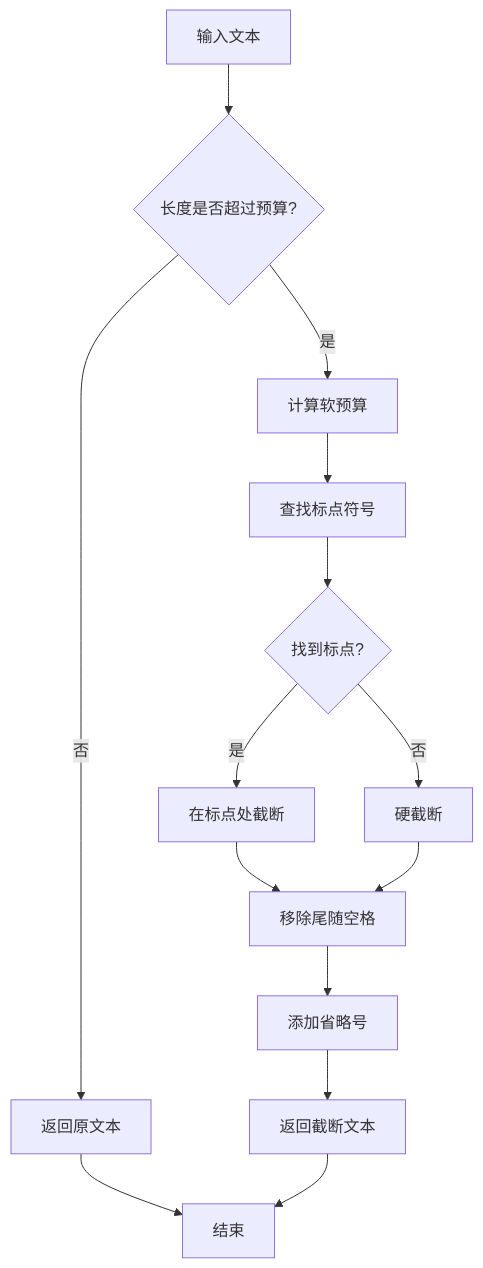
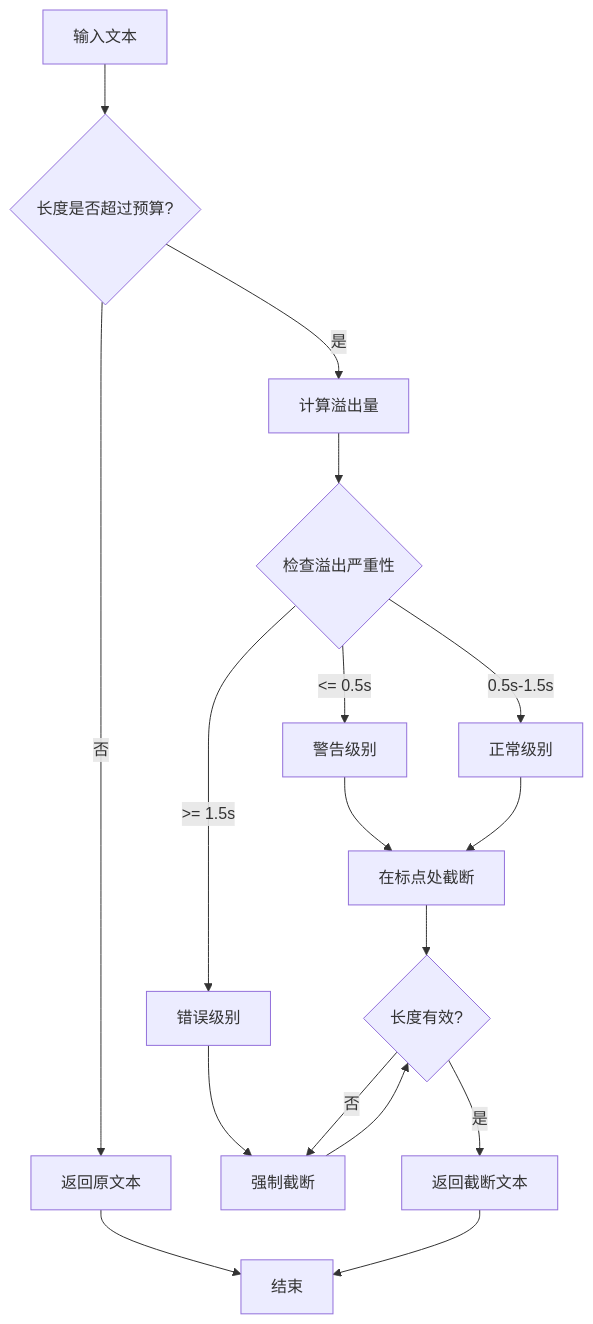
Before and after one commit to wowoduang/AIVideoClaude: the fifth of 12 diagrams in .qoder/repowiki/zh/content/核心功能/视频处理服务/时间线分配器.md, drawn with Mermaid. The commit also changed other lines of this file and 32 other files, not shown here.

````diff
--- a/.qoder/repowiki/zh/content/核心功能/视频处理服务/时间线分配器.md
+++ b/.qoder/repowiki/zh/content/核心功能/视频处理服务/时间线分配器.md
@@ -248,16 +259,19 @@
 ```mermaid
 flowchart TD
 Input[输入文本] --> CheckLength{长度是否超过预算?}
 CheckLength --> |否| ReturnOriginal[返回原文本]
-CheckLength --> |是| CalculateSoftBudget[计算软预算]
-CalculateSoftBudget --> FindPunctuation[查找标点符号]
-FindPunctuation --> CheckPunctFound{找到标点?}
-CheckPunctFound --> |是| TruncateAtPunct[在标点处截断]
-CheckPunctFound --> |否| HardTruncate[硬截断]
-TruncateAtPunct --> RemoveSpaces[移除尾随空格]
-HardTruncate --> RemoveSpaces
-RemoveSpaces --> AddEllipsis[添加省略号]
-AddEllipsis --> ReturnTruncated[返回截断文本]
+CheckLength --> |是| CalculateOverflow[计算溢出量]
+CalculateOverflow --> CheckSeverity{检查溢出严重性}
+CheckSeverity --> |<= 0.5s| WarnLevel[警告级别]
+CheckSeverity --> |>= 1.5s| ErrorLevel[错误级别]
+CheckSeverity --> |0.5s-1.5s| NormalLevel[正常级别]
+WarnLevel --> TruncateAtPunct[在标点处截断]
+ErrorLevel --> ForceTruncate[强制截断]
+NormalLevel --> TruncateAtPunct
+TruncateAtPunct --> ValidateLength{长度有效?}
+ForceTruncate --> ValidateLength
+ValidateLength --> |否| ForceTruncate
+ValidateLength --> |是| ReturnTruncated[返回截断文本]
 ReturnOriginal --> End[结束]
 ReturnTruncated --> End
 ```
````
